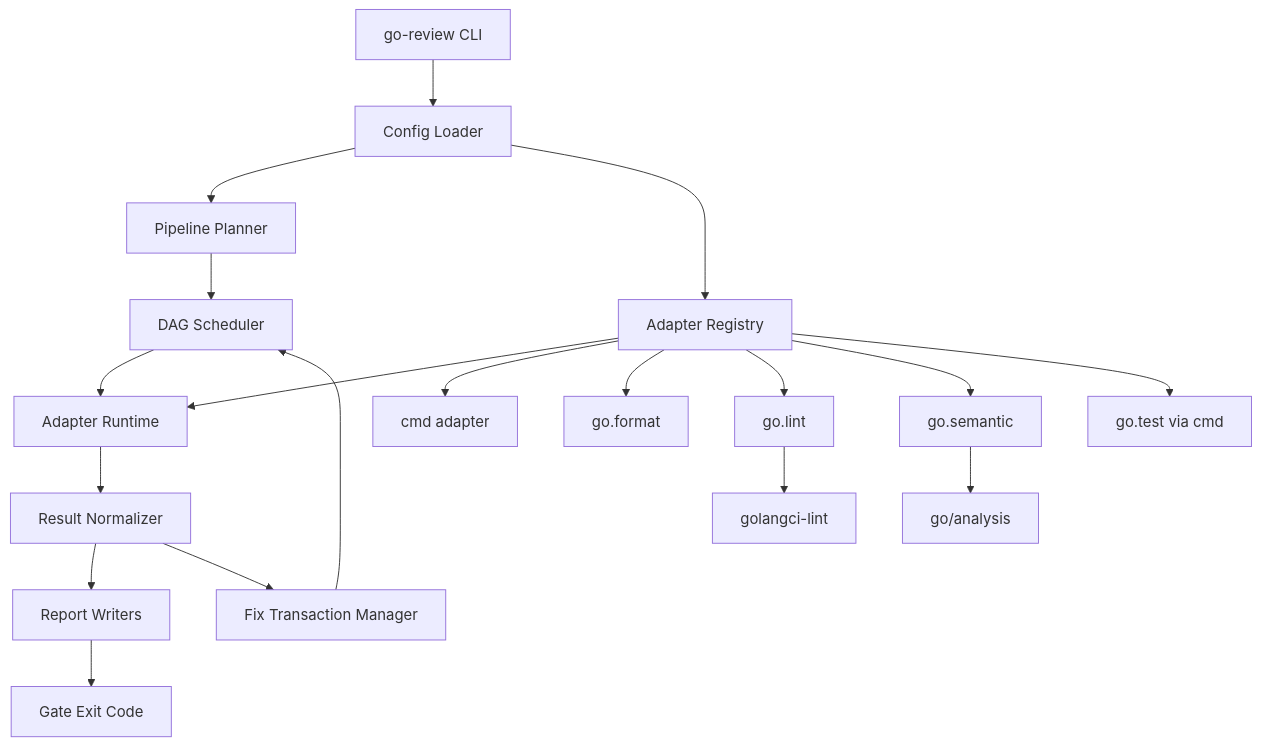
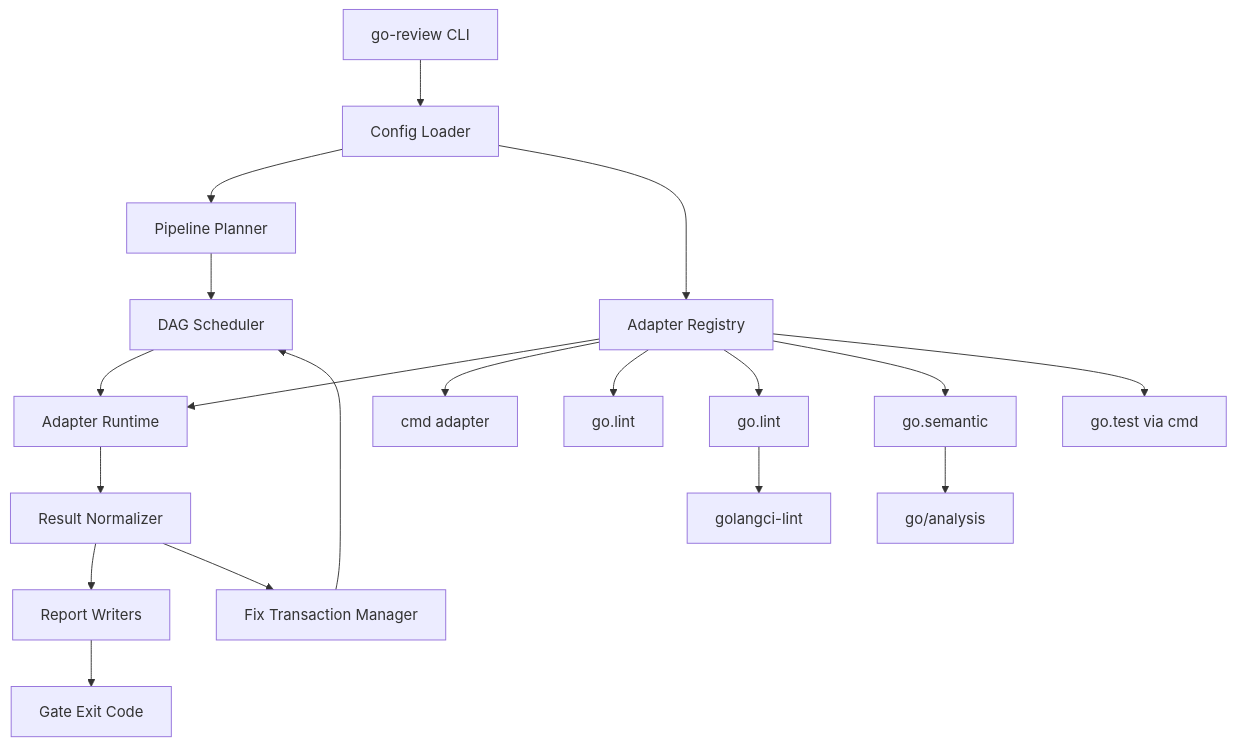
The diagram in docs/backend/README.md (v111nce/go-review), drawn with Mermaid before and after one commit. The commit also changed 39 other files, not shown here.

````diff
--- a/docs/backend/README.md
+++ b/docs/backend/README.md
@@ -7,26 +7,26 @@
 ```mermaid
 flowchart TD
   cli[go-review CLI]
   cfg[Config Loader]
   registry[Adapter Registry]
   planner[Pipeline Planner]
   scheduler[DAG Scheduler]
   runner[Adapter Runtime]
   normalizer[Result Normalizer]
   fixer[Fix Transaction Manager]
   reports[Report Writers]
   gate[Gate Exit Code]
 
   cli --> cfg --> planner --> scheduler --> runner
   cfg --> registry --> runner
   runner --> normalizer --> reports --> gate
   normalizer --> fixer --> scheduler
 
   registry --> cmd[cmd adapter]
-  registry --> format[go.format]
+  registry --> format[go.lint]
   registry --> lint[go.lint]
   registry --> semantic[go.semantic]
   registry --> test[go.test via cmd]
   lint --> gcl[golangci-lint]
   semantic --> analysis[go/analysis]
 ```
````
